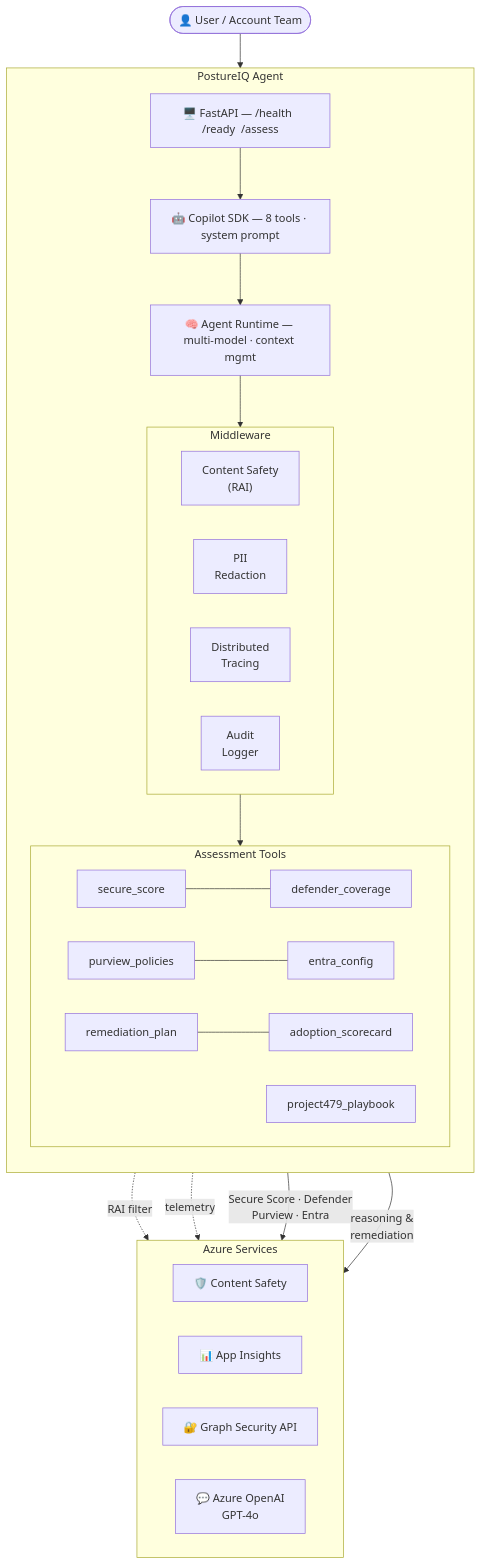
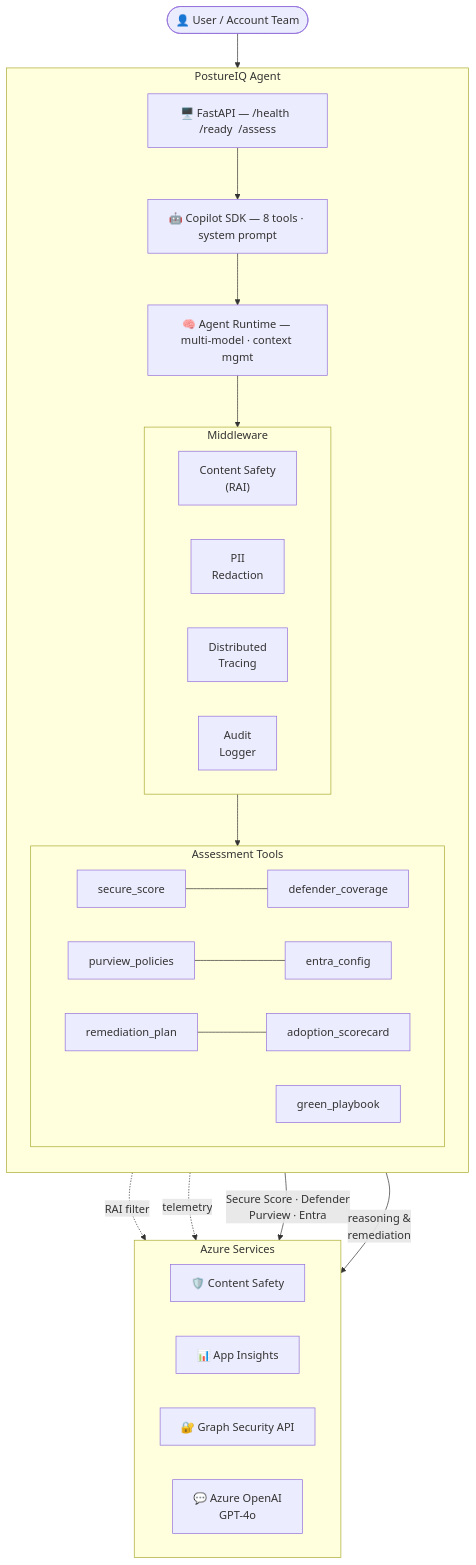
The first of 3 diagrams in docs/architecture.md (9owlsboston/posture-iq), drawn with Mermaid before and after one commit. The commit also changed 20 other files, not shown here.

First line of the commit message:
chore: rename 'Project 479' branding to 'Get to Green' for public release

````diff
--- a/docs/architecture.md
+++ b/docs/architecture.md
@@ -5,45 +5,45 @@
 ```mermaid
 flowchart TB
     User(["👤 User / Account Team"])
 
     subgraph AGENT ["PostureIQ Agent"]
         direction TB
         API["🖥️ FastAPI — /health  /ready  /assess"]
         SDK["🤖 Copilot SDK — 8 tools · system prompt"]
         RT["🧠 Agent Runtime — multi-model · context mgmt"]
 
         API --> SDK --> RT
 
         subgraph MW ["Middleware"]
             direction LR
             CS_MW["Content Safety\n(RAI)"]
             PII["PII\nRedaction"]
             TR["Distributed\nTracing"]
             AL["Audit\nLogger"]
         end
 
         subgraph TOOLS ["Assessment Tools"]
             direction LR
             T1["secure_score"] --- T2["defender_coverage"]
             T3["purview_policies"] --- T4["entra_config"]
             T5["remediation_plan"] --- T6["adoption_scorecard"]
-            T7["project479_playbook"]
+            T7["green_playbook"]
         end
 
         RT --> MW --> TOOLS
     end
 
     subgraph AZURE ["Azure Services"]
         direction LR
         CSAPI["🛡️ Content Safety"]
         APPINS["📊 App Insights"]
         GRAPH["🔐 Graph Security API"]
         OPENAI["💬 Azure OpenAI\nGPT-4o"]
     end
 
     User --> API
     MW -.->|"RAI filter"| CSAPI
     MW -.->|"telemetry"| APPINS
     TOOLS -->|"Secure Score · Defender\nPurview · Entra"| GRAPH
     TOOLS -->|"reasoning &\nremediation"| OPENAI
 ```
````
